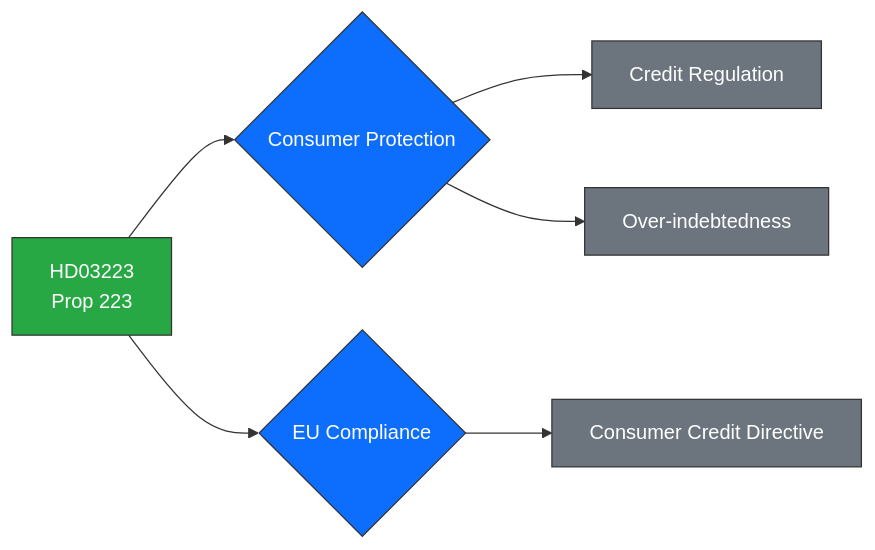
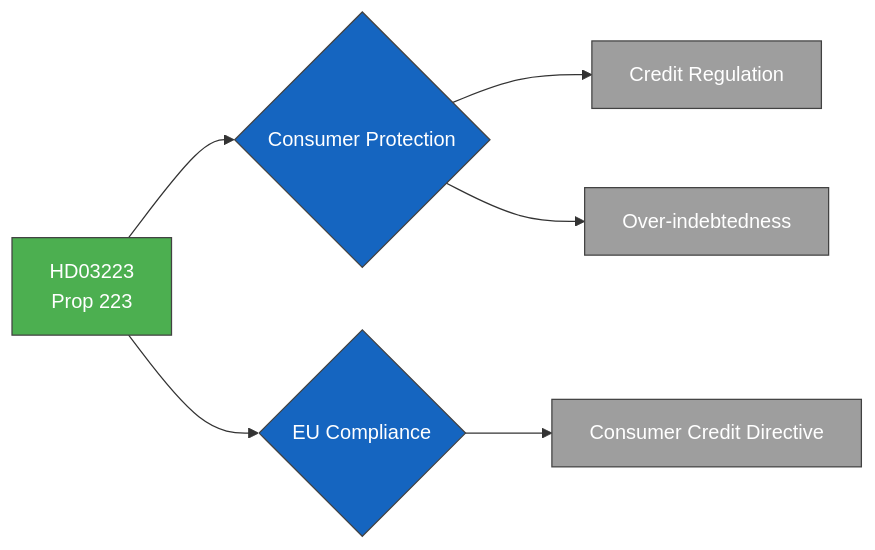
Before and after one commit to Hack23/riksdagsmonitor: the diagram in analysis/daily/2026-03-31/documents/hd03223-analysis.md, drawn with Mermaid. The commit also changed 785 other files, not shown here.

First line of the commit message:
Normalize mermaid colors across 786 analysis artifacts to ISMS Style Guide palette

````diff
--- a/analysis/daily/2026-03-31/documents/hd03223-analysis.md
+++ b/analysis/daily/2026-03-31/documents/hd03223-analysis.md
@@ -30,14 +30,14 @@
 ```mermaid
 graph LR
     A[HD03223<br/>Prop 223] --> B{Consumer Protection}
     B --> C[Credit Regulation]
     B --> D[Over-indebtedness]
     A --> E{EU Compliance}
     E --> F[Consumer Credit Directive]
-    style A fill:#28a745,stroke:#333,color:#fff
-    style B fill:#0d6efd,stroke:#333,color:#fff
-    style E fill:#0d6efd,stroke:#333,color:#fff
-    style C fill:#6c757d,stroke:#333,color:#fff
-    style D fill:#6c757d,stroke:#333,color:#fff
-    style F fill:#6c757d,stroke:#333,color:#fff
+    style A fill:#4CAF50,stroke:#424242,color:#FFFFFF
+    style B fill:#1565C0,stroke:#424242,color:#FFFFFF
+    style E fill:#1565C0,stroke:#424242,color:#FFFFFF
+    style C fill:#9E9E9E,stroke:#424242,color:#FFFFFF
+    style D fill:#9E9E9E,stroke:#424242,color:#FFFFFF
+    style F fill:#9E9E9E,stroke:#424242,color:#FFFFFF
 ```
````
